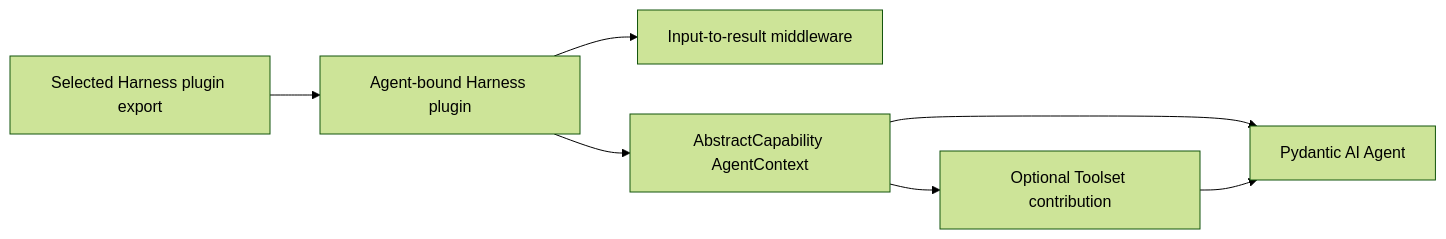
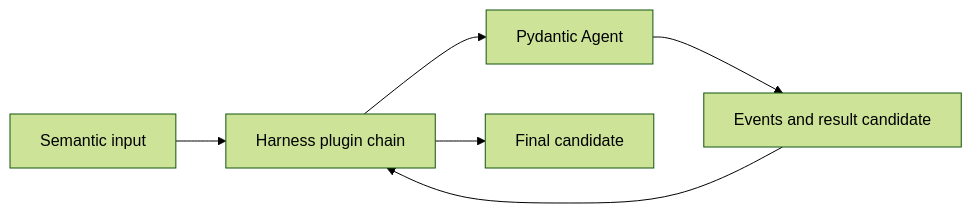
Before and after one commit to LTThreeComma/agent-foundation: the second of 3 diagrams in spec/agent-harness/01-pydantic-ai-foundation.md, drawn with Mermaid (forest theme). The commit also changed other lines of this file and 31 other files, not shown here.

````diff
--- a/spec/agent-harness/01-pydantic-ai-foundation.md
+++ b/spec/agent-harness/01-pydantic-ai-foundation.md
@@ -104,9 +82,8 @@
 ```mermaid
 flowchart LR
-    Export[Selected Harness plugin export] --> Plugin[Agent-bound Harness plugin]
-    Plugin --> Middleware[Input-to-result middleware]
-    Plugin --> Capability[AbstractCapability AgentContext]
-    Capability --> Toolset[Optional Toolset contribution]
-    Capability --> Agent[Pydantic AI Agent]
-    Toolset --> Agent
+    Input[Semantic input] --> Plugin[Harness plugin chain]
+    Plugin --> Agent[Pydantic Agent]
+    Agent --> Events[Events and result candidate]
+    Events --> Plugin
+    Plugin --> Result[Final candidate]
 ```
````
